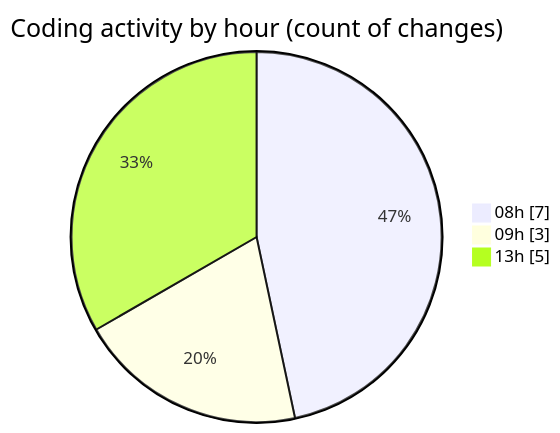
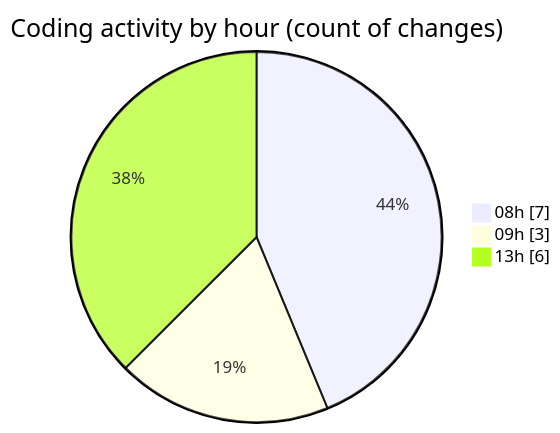
Before and after one commit to NitaiMahat/code-tracking: the second of 2 diagrams in 2025-02-27/coding_prac_8/README.md, drawn with Mermaid. The commit also changed other lines of this file and 1 other file, not shown here.

````diff
--- a/2025-02-27/coding_prac_8/README.md
+++ b/2025-02-27/coding_prac_8/README.md
@@ -30,7 +30,7 @@
 ```mermaid
 pie showData
 title Coding activity by hour (count of changes)
 "08h" : 7
 "09h" : 3
-"13h" : 5
+"13h" : 6
 ```
````
